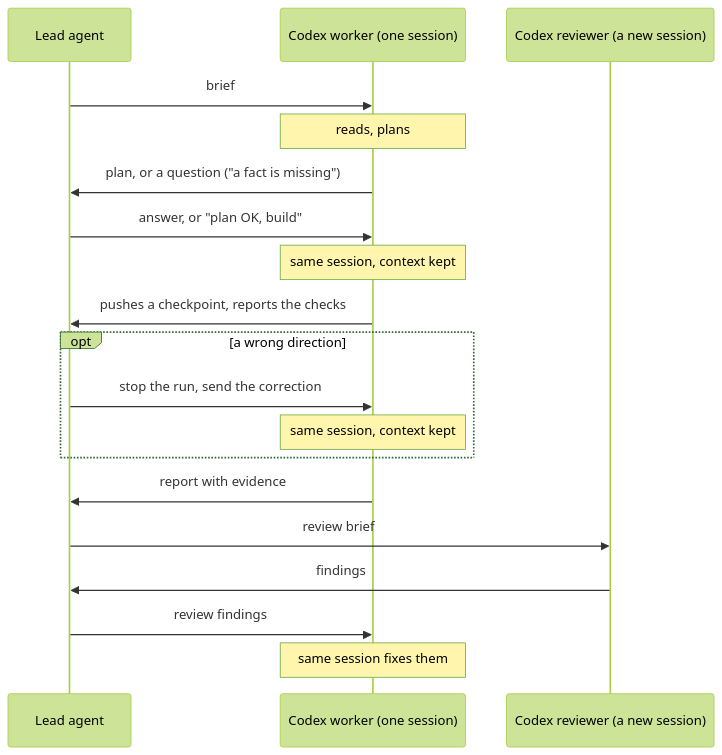
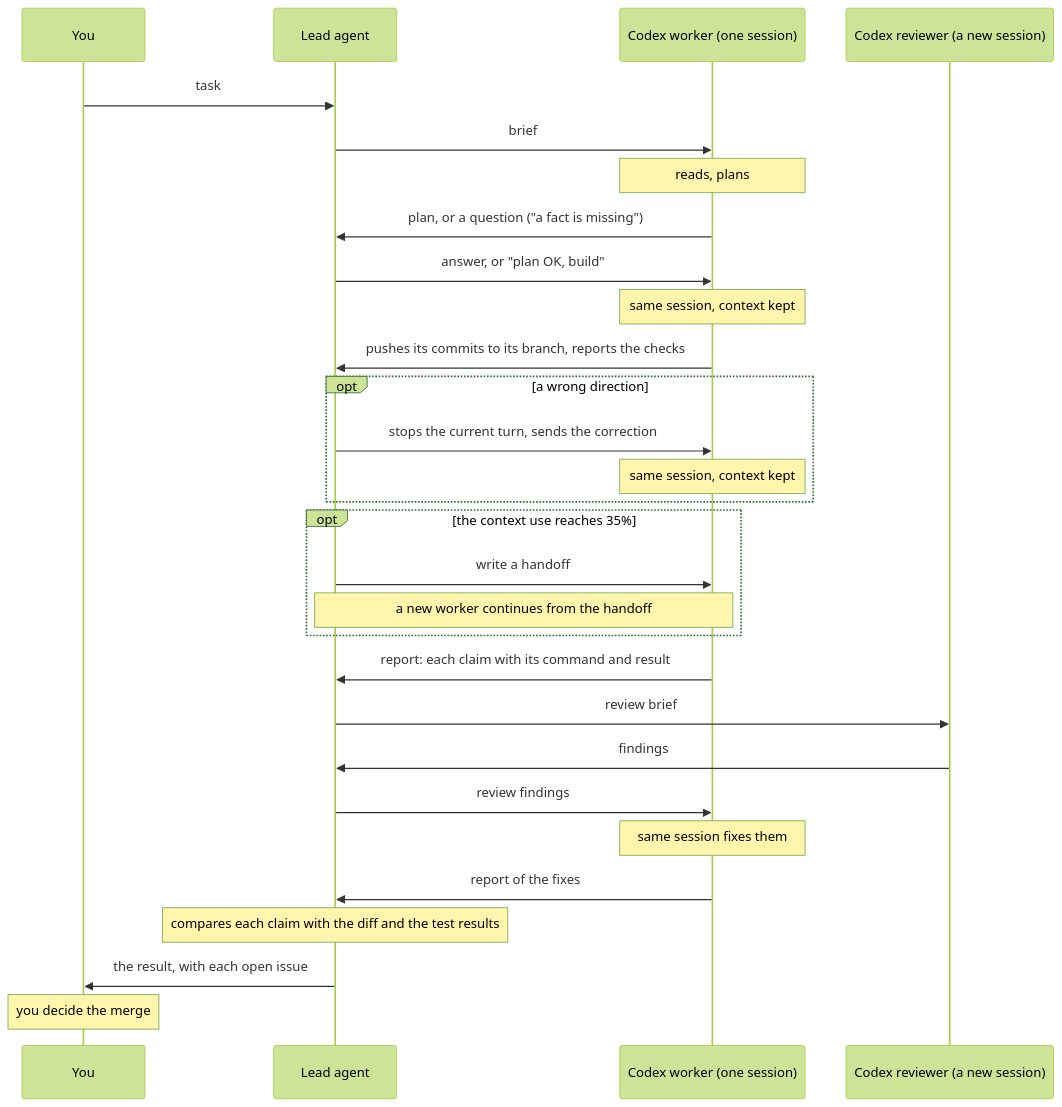
The second of 2 diagrams in .agents/skills/codex-workers/GUIDE.md (binhle312/cty1ng), drawn with Mermaid (forest theme) before and after one commit. The commit also changed other lines of this file and 1 other file, not shown here.

````diff
--- a/.agents/skills/codex-workers/GUIDE.md
+++ b/.agents/skills/codex-workers/GUIDE.md
@@ -36,22 +40,32 @@
 ```mermaid
 sequenceDiagram
+  participant Y as You
   participant L as Lead agent
   participant W as Codex worker (one session)
   participant R as Codex reviewer (a new session)
 
+  Y->>L: task
   L->>W: brief
   Note over W: reads, plans
   W->>L: plan, or a question ("a fact is missing")
   L->>W: answer, or "plan OK, build"
   Note over W: same session, context kept
-  W->>L: pushes a checkpoint, reports the checks
+  W->>L: pushes its commits to its branch, reports the checks
   opt a wrong direction
-    L->>W: stop the run, send the correction
+    L->>W: stops the current turn, sends the correction
     Note over W: same session, context kept
   end
-  W->>L: report with evidence
+  opt the context use reaches 35%
+    L->>W: write a handoff
+    Note over L,W: a new worker continues from the handoff
+  end
+  W->>L: report: each claim with its command and result
   L->>R: review brief
   R->>L: findings
   L->>W: review findings
   Note over W: same session fixes them
+  W->>L: report of the fixes
+  Note over L: compares each claim with the diff and the test results
+  L->>Y: the result, with each open issue
+  Note over Y: you decide the merge
 ```
````
